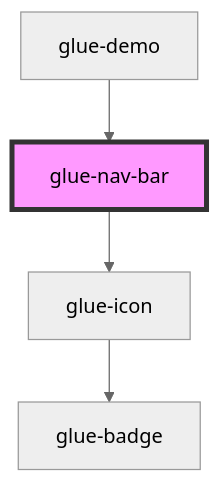
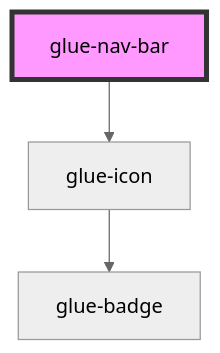
One commit to grasilife/glue changed the diagram in packages/glue-components/src/components/glue-nav-bar/readme.md. Above: the diagram before and after it, drawn with Mermaid (neutral theme). The commit also changed other lines of this file and 71 other files, not shown here.

````diff
--- a/packages/glue-components/src/components/glue-nav-bar/readme.md
+++ b/packages/glue-components/src/components/glue-nav-bar/readme.md
@@ -42,7 +38,6 @@
 ```mermaid
 graph TD;
   glue-nav-bar --> glue-icon
   glue-icon --> glue-badge
-  glue-demo --> glue-nav-bar
   style glue-nav-bar fill:#f9f,stroke:#333,stroke-width:4px
 ```
````
